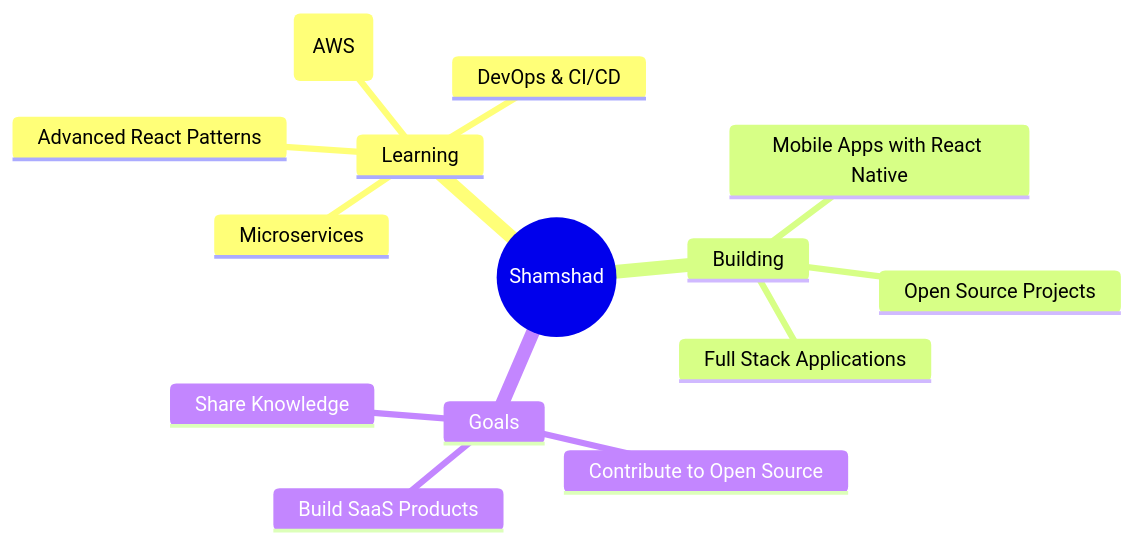
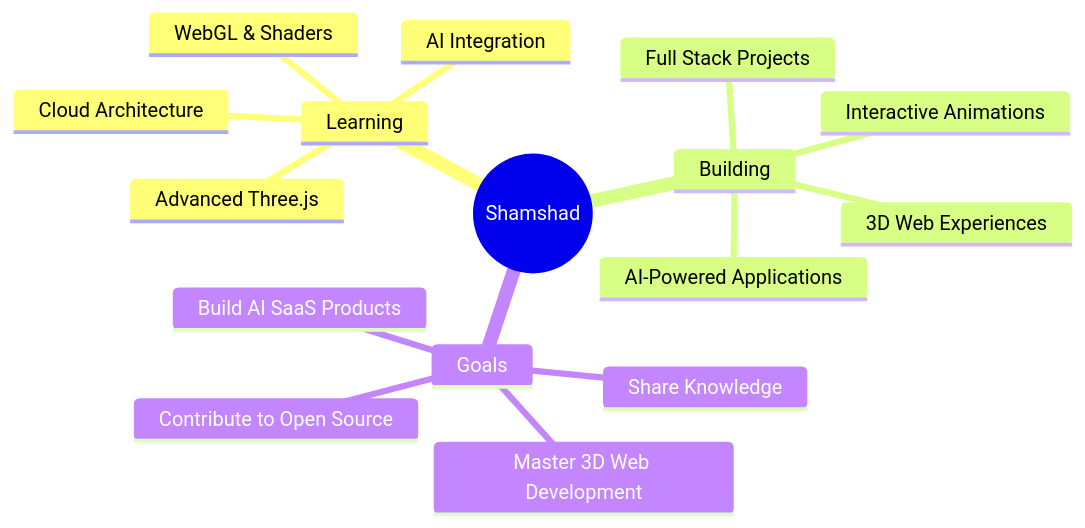
The diagram in README.md (shamshadhusain3/shamshadhusain3), drawn with Mermaid before and after one commit. The commit also changed other lines of this file, not shown here.

````diff
--- a/README.md
+++ b/README.md
@@ -150,17 +317,19 @@
 ```mermaid
 mindmap
   root((Shamshad))
     Learning
-      Advanced React Patterns
-      Cloud Architecture (AWS)
-      DevOps & CI/CD
-      Microservices
+      Advanced Three.js
+      AI Integration
+      Cloud Architecture
+      WebGL & Shaders
     Building
-      Full Stack Applications
-      Mobile Apps with React Native
-      Open Source Projects
+      3D Web Experiences
+      AI-Powered Applications
+      Full Stack Projects
+      Interactive Animations
     Goals
+      Master 3D Web Development
+      Build AI SaaS Products
       Contribute to Open Source
-      Build SaaS Products
       Share Knowledge
 ```
````
